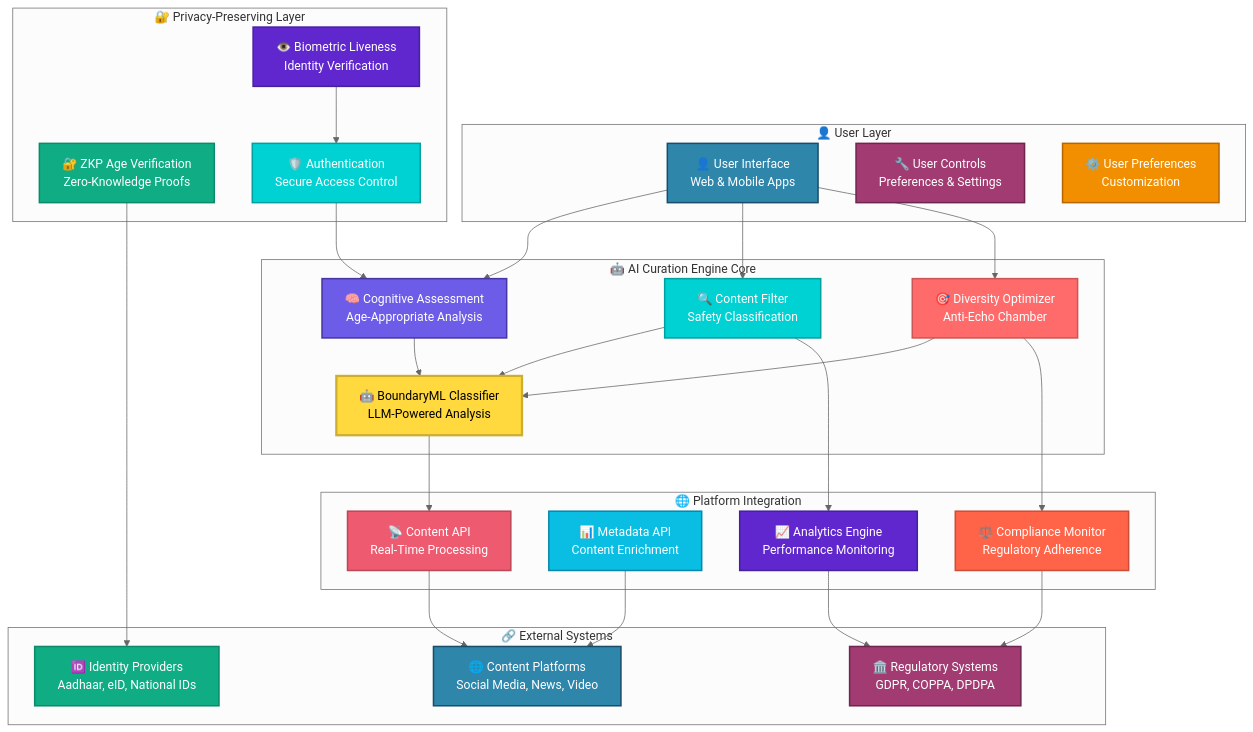
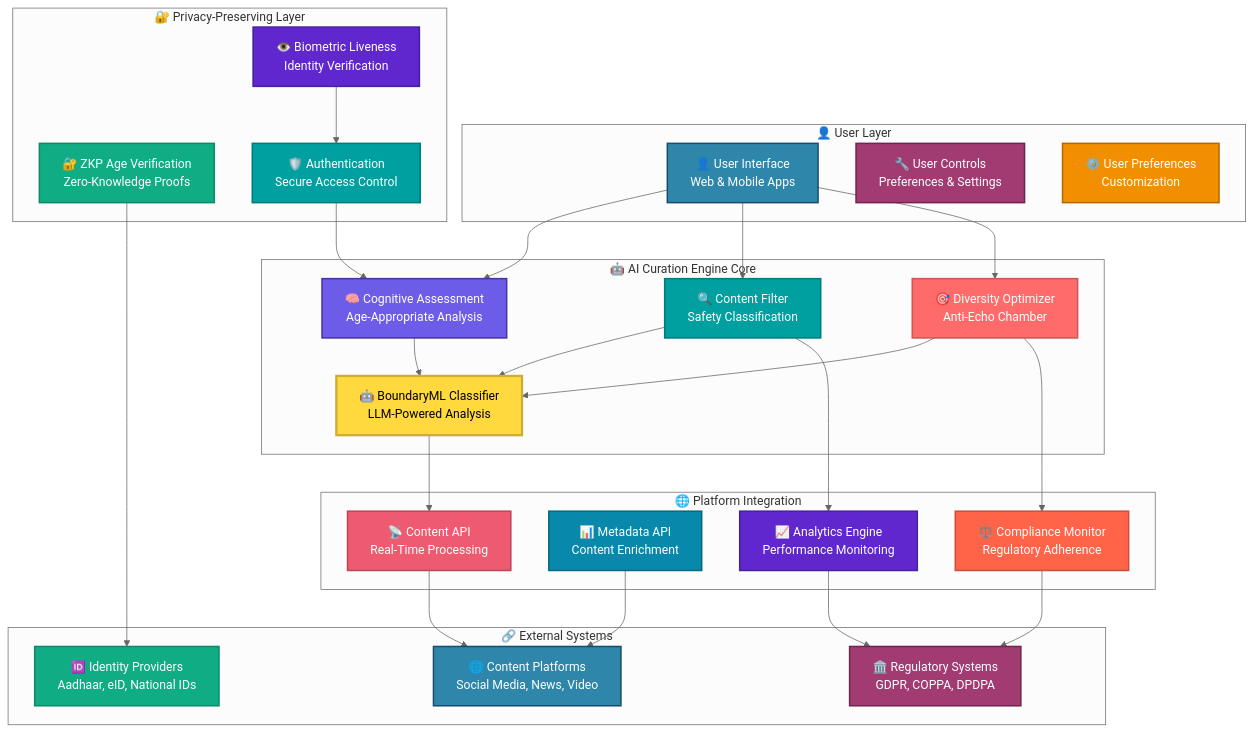
One commit to gitmujoshi/ai-curation-engine-cursor-generated changed the first of 13 diagrams in docs/architecture/AI_Curation_Engine_Architecture.md. Above: the diagram before and after it, drawn with Mermaid (neutral theme). The commit also changed other lines of this file and 6 other files, not shown here.

First line of the commit message:
Fix text contrast issues in architecture diagrams

````diff
--- a/docs/architecture/AI_Curation_Engine_Architecture.md
+++ b/docs/architecture/AI_Curation_Engine_Architecture.md
@@ -34,73 +34,73 @@
 ```mermaid
 graph TB
     subgraph "👤 User Layer"
         UI["👤 User Interface<br/>Web & Mobile Apps"]
         UC["🔧 User Controls<br/>Preferences & Settings"]
         UP["⚙️ User Preferences<br/>Customization"]
     end
     
     subgraph "🤖 AI Curation Engine Core"
         CA["🧠 Cognitive Assessment<br/>Age-Appropriate Analysis"]
         CF["🔍 Content Filter<br/>Safety Classification"]
         DO["🎯 Diversity Optimizer<br/>Anti-Echo Chamber"]
         BML["🤖 BoundaryML Classifier<br/>LLM-Powered Analysis"]
     end
     
     subgraph "🔐 Privacy-Preserving Layer"
         ZKP["🔐 ZKP Age Verification<br/>Zero-Knowledge Proofs"]
         BIO["👁️ Biometric Liveness<br/>Identity Verification"]
         AUTH["🛡️ Authentication<br/>Secure Access Control"]
     end
     
     subgraph "🌐 Platform Integration"
         CAPI["📡 Content API<br/>Real-Time Processing"]
         META["📊 Metadata API<br/>Content Enrichment"]
         ANAL["📈 Analytics Engine<br/>Performance Monitoring"]
         COMP["⚖️ Compliance Monitor<br/>Regulatory Adherence"]
     end
     
     subgraph "🔗 External Systems"
         ID["🆔 Identity Providers<br/>Aadhaar, eID, National IDs"]
         PLAT["🌐 Content Platforms<br/>Social Media, News, Video"]
         REG["🏛️ Regulatory Systems<br/>GDPR, COPPA, DPDPA"]
     end
     
     UI --> CA
     UI --> CF
     UI --> DO
     CA --> BML
     CF --> BML
     DO --> BML
     
     ZKP --> ID
     BIO --> AUTH
     AUTH --> CA
     
     CAPI --> PLAT
     META --> PLAT
     ANAL --> REG
     COMP --> REG
     
     BML --> CAPI
     CF --> ANAL
     DO --> COMP
     
     %% Professional color scheme
     style UI fill:#2E86AB,stroke:#1A4D6B,stroke-width:2px,color:#fff
     style UC fill:#A23B72,stroke:#6F2550,stroke-width:2px,color:#fff
     style UP fill:#F18F01,stroke:#B86700,stroke-width:2px,color:#fff
     style CA fill:#6C5CE7,stroke:#4834A3,stroke-width:2px,color:#fff
-    style CF fill:#00D2D3,stroke:#009FA0,stroke-width:2px,color:#fff
+    style CF fill:#009FA0,stroke:#007A7B,stroke-width:2px,color:#fff
     style DO fill:#FF6B6B,stroke:#CC5555,stroke-width:2px,color:#fff
     style BML fill:#FFD93D,stroke:#CCAE31,stroke-width:3px,color:#000
     style ZKP fill:#10AC84,stroke:#0D8A6A,stroke-width:2px,color:#fff
     style BIO fill:#5F27CD,stroke:#44219D,stroke-width:2px,color:#fff
-    style AUTH fill:#00D2D3,stroke:#009FA0,stroke-width:2px,color:#fff
+    style AUTH fill:#009FA0,stroke:#007A7B,stroke-width:2px,color:#fff
     style CAPI fill:#EE5A6F,stroke:#BB4757,stroke-width:2px,color:#fff
-    style META fill:#0ABDE3,stroke:#0888AB,stroke-width:2px,color:#fff
+    style META fill:#0888AB,stroke:#066A7A,stroke-width:2px,color:#fff
     style ANAL fill:#5F27CD,stroke:#44219D,stroke-width:2px,color:#fff
     style COMP fill:#FF6348,stroke:#CC4E3A,stroke-width:2px,color:#fff
     style ID fill:#10AC84,stroke:#0D8A6A,stroke-width:2px,color:#fff
     style PLAT fill:#2E86AB,stroke:#1A4D6B,stroke-width:2px,color:#fff
     style REG fill:#A23B72,stroke:#6F2550,stroke-width:2px,color:#fff
 ```
````
